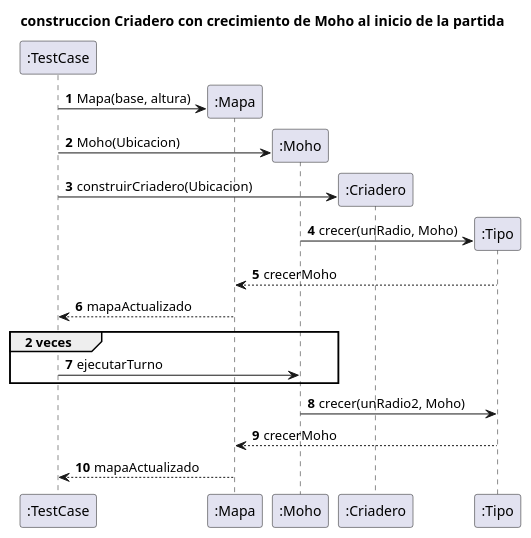
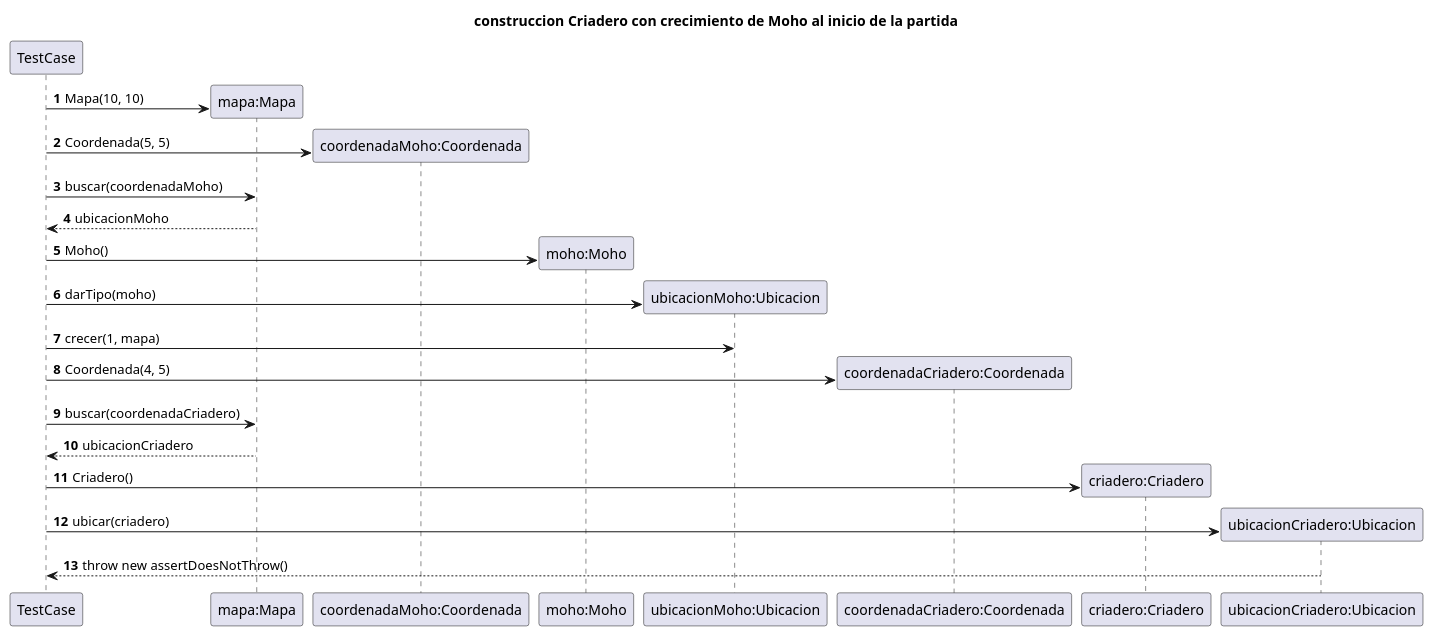
One commit to nicolasgirardi/algo3_TP2_AlgoStar changed the diagram in diagrams/sequences/CasoDeUso6.puml. Above: the diagram before and after it, drawn with PlantUML. The commit also changed 2 other files, not shown here.

```diff
--- a/diagrams/sequences/CasoDeUso6.puml
+++ b/diagrams/sequences/CasoDeUso6.puml
@@ -1,29 +1,33 @@
 @startuml
 'https://plantuml.com/sequence-diagram
 title construccion Criadero con crecimiento de Moho al inicio de la partida
 autonumber
-create ":TestCase"
-create ":Mapa"
-":TestCase" -> ":Mapa": Mapa(base, altura)
-create ":Moho"
-":TestCase" -> ":Moho": Moho(Ubicacion)
-create ":Criadero"
-":TestCase" -> ":Criadero": construirCriadero(Ubicacion)
+create "TestCase"
+create "mapa:Mapa"
+"TestCase" -> "mapa:Mapa": Mapa(10, 10)
+create "coordenadaMoho:Coordenada"
+"TestCase" -> "coordenadaMoho:Coordenada": Coordenada(5, 5)
+"TestCase" -> "mapa:Mapa": buscar(coordenadaMoho)
+"mapa:Mapa" --> "TestCase": ubicacionMoho
+create "moho:Moho"
+"TestCase" -> "moho:Moho": Moho()
+create "ubicacionMoho:Ubicacion"
+"TestCase" -> "ubicacionMoho:Ubicacion":darTipo(moho)
+"TestCase" -> "ubicacionMoho:Ubicacion":crecer(1, mapa)
+create "coordenadaCriadero:Coordenada"
+"TestCase" -> "coordenadaCriadero:Coordenada":Coordenada(4, 5)
+"TestCase" -> "mapa:Mapa": buscar(coordenadaCriadero)
+"mapa:Mapa" --> "TestCase": ubicacionCriadero
+create "criadero:Criadero"
+"TestCase" -> "criadero:Criadero": Criadero()
 
-create ":Tipo"
-":Moho" -> ":Tipo": crecer(unRadio, Moho)
 
-":Tipo" --> ":Mapa": crecerMoho
+create "ubicacionCriadero:Ubicacion"
+"TestCase" -> "ubicacionCriadero:Ubicacion":ubicar(criadero)
+"ubicacionCriadero:Ubicacion" --> "TestCase":throw new assertDoesNotThrow()
 
-":Mapa" --> ":TestCase": mapaActualizado
-group 2 veces
-      ":TestCase" -> ":Moho": ejecutarTurno
-end
-":Moho" -> ":Tipo": crecer(unRadio2, Moho)
-":Tipo" --> ":Mapa": crecerMoho
-":Mapa" --> ":TestCase": mapaActualizado
 
 
 
 
 @enduml
```
